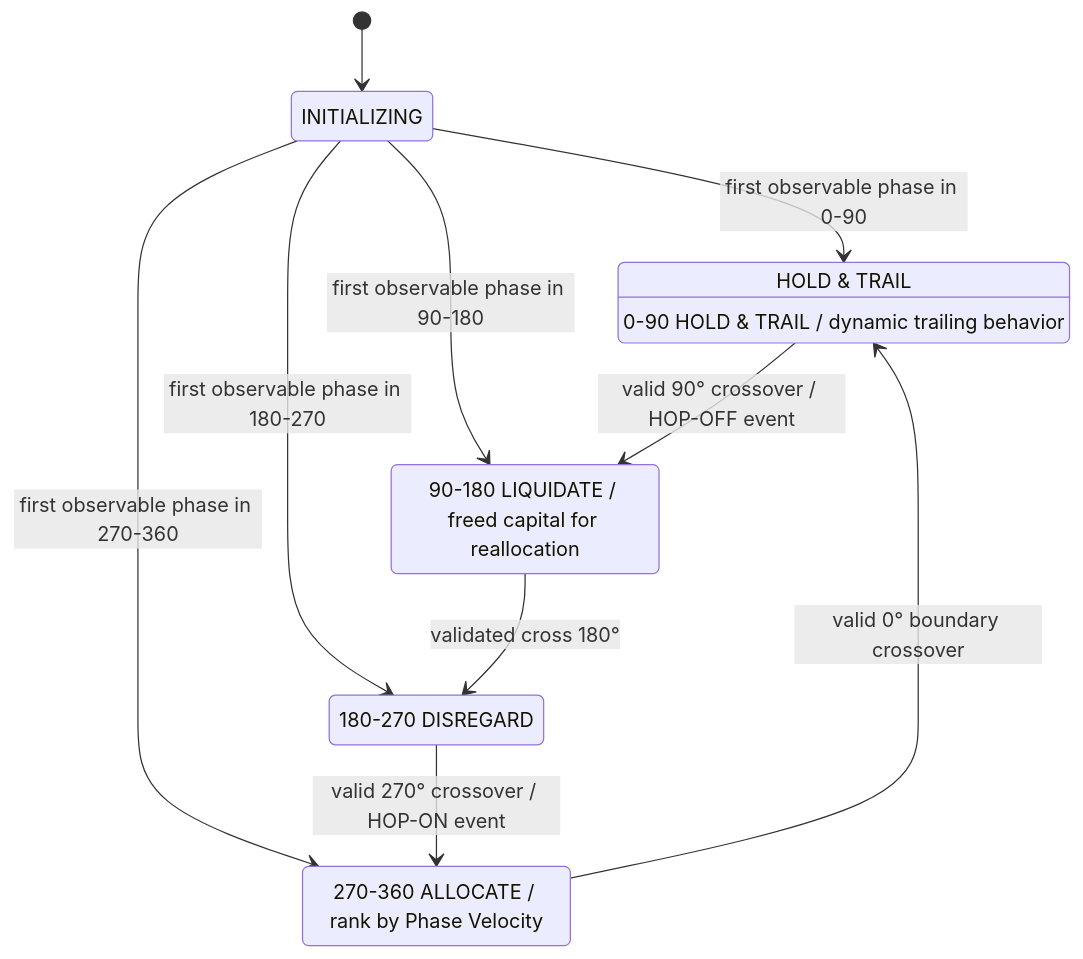
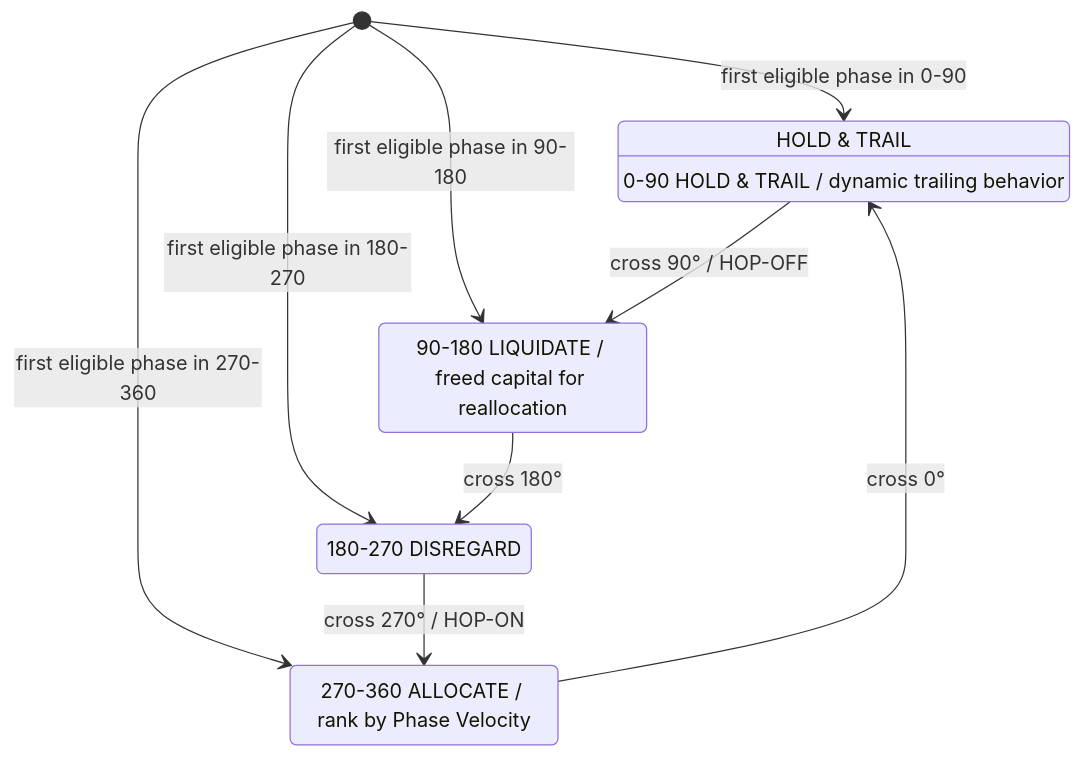
Before and after one commit to srao977/tramuthus: the fifth of 10 diagrams in DSE_JEH/docs/DSE_JEH_TRANS_SAT_1_SYSTEM_DESIGN_V0_1_091226.md, drawn with Mermaid. The commit also changed other lines of this file and 31 other files, not shown here.

````diff
--- a/DSE_JEH/docs/DSE_JEH_TRANS_SAT_1_SYSTEM_DESIGN_V0_1_091226.md
+++ b/DSE_JEH/docs/DSE_JEH_TRANS_SAT_1_SYSTEM_DESIGN_V0_1_091226.md
@@ -321,17 +356,16 @@
 ```mermaid
 stateDiagram-v2
   state "HOLD & TRAIL" as HOLD_AND_TRAIL
-  [*] --> INITIALIZING
-  INITIALIZING --> DISREGARD: first observable phase in 180-270
-  INITIALIZING --> ALLOCATE: first observable phase in 270-360
-  INITIALIZING --> HOLD_AND_TRAIL: first observable phase in 0-90
-  INITIALIZING --> LIQUIDATE: first observable phase in 90-180
-  DISREGARD --> ALLOCATE: valid 270° crossover / HOP-ON event
-  ALLOCATE --> HOLD_AND_TRAIL: valid 0° boundary crossover
-  HOLD_AND_TRAIL --> LIQUIDATE: valid 90° crossover / HOP-OFF event
-  LIQUIDATE --> DISREGARD: validated cross 180°
+  [*] --> DISREGARD: first eligible phase in 180-270
+  [*] --> ALLOCATE: first eligible phase in 270-360
+  [*] --> HOLD_AND_TRAIL: first eligible phase in 0-90
+  [*] --> LIQUIDATE: first eligible phase in 90-180
+  DISREGARD --> ALLOCATE: cross 270° / HOP-ON
+  ALLOCATE --> HOLD_AND_TRAIL: cross 0°
+  HOLD_AND_TRAIL --> LIQUIDATE: cross 90° / HOP-OFF
+  LIQUIDATE --> DISREGARD: cross 180°
   DISREGARD: 180-270 DISREGARD
   ALLOCATE: 270-360 ALLOCATE / rank by Phase Velocity
   HOLD_AND_TRAIL: 0-90 HOLD & TRAIL / dynamic trailing behavior
   LIQUIDATE: 90-180 LIQUIDATE / freed capital for reallocation
 ```
````
